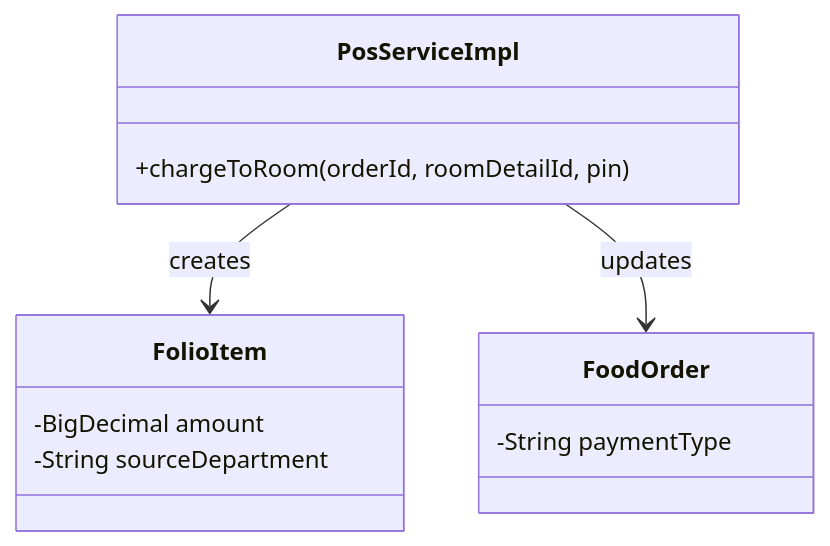
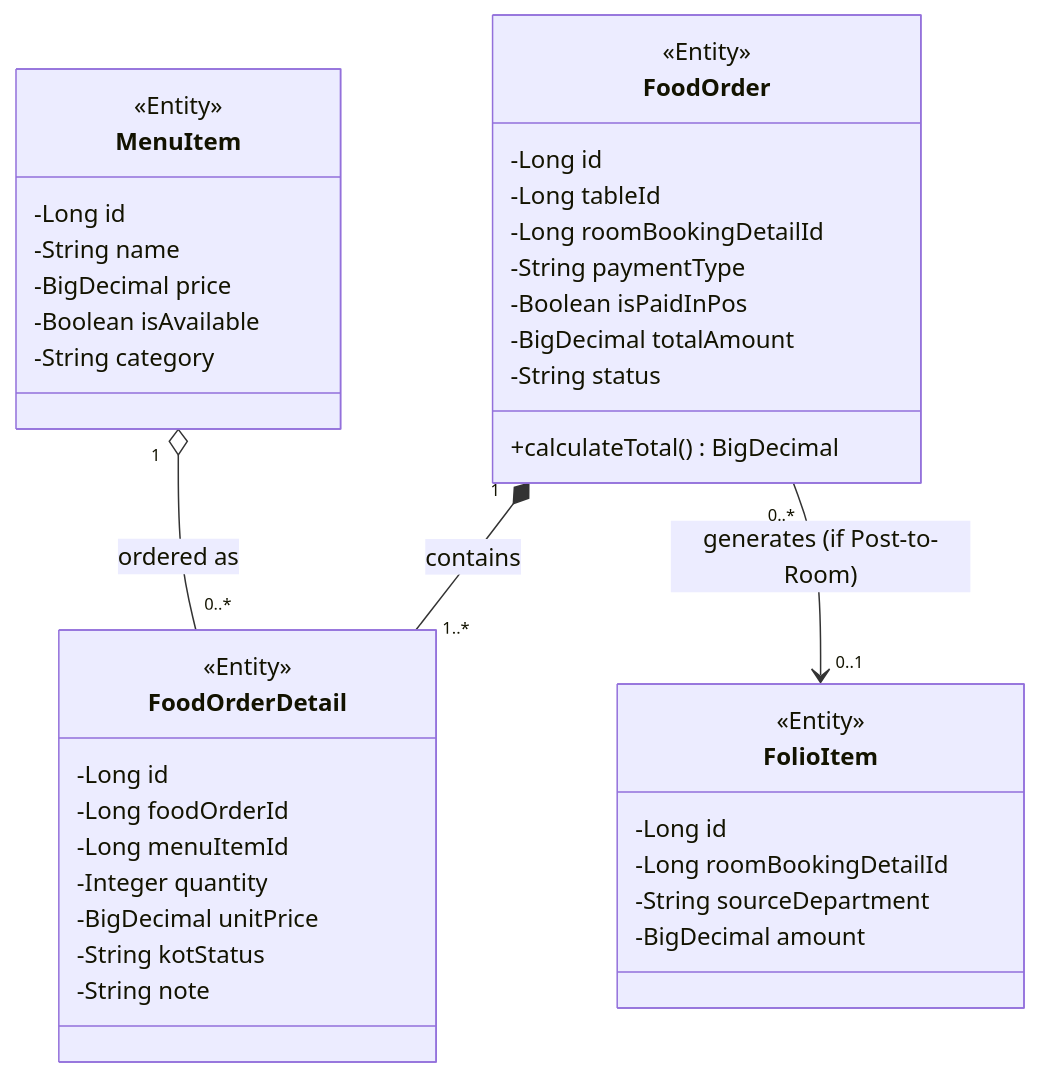
The first of 3 diagrams in 04-Implement/WF05-FnB-POS-IMP-001.md (Luuxinhxinh/hoanien-resort), drawn with Mermaid before and after one commit. The commit also changed other lines of this file and 6 other files, not shown here.

````diff
--- a/04-Implement/WF05-FnB-POS-IMP-001.md
+++ b/04-Implement/WF05-FnB-POS-IMP-001.md
@@ -104,16 +129,46 @@
 ```mermaid
 classDiagram
-    class PosServiceImpl {
-        +chargeToRoom(orderId, roomDetailId, pin)
+    class FoodOrder {
+        <<Entity>>
+        -Long id
+        -Long tableId
+        -Long roomBookingDetailId
+        -String paymentType
+        -Boolean isPaidInPos
+        -BigDecimal totalAmount
+        -String status
+        +calculateTotal() BigDecimal
     }
+
+    class FoodOrderDetail {
+        <<Entity>>
+        -Long id
+        -Long foodOrderId
+        -Long menuItemId
+        -Integer quantity
+        -BigDecimal unitPrice
+        -String kotStatus
+        -String note
+    }
+
+    class MenuItem {
+        <<Entity>>
+        -Long id
+        -String name
+        -BigDecimal price
+        -Boolean isAvailable
+        -String category
+    }
+
     class FolioItem {
+        <<Entity>>
+        -Long id
+        -Long roomBookingDetailId
+        -String sourceDepartment
         -BigDecimal amount
-        -String sourceDepartment
     }
-    class FoodOrder {
-        -String paymentType
-    }
-    
-    PosServiceImpl --> FolioItem : creates
-    PosServiceImpl --> FoodOrder : updates
+
+    FoodOrder "1" *-- "1..*" FoodOrderDetail : contains
+    MenuItem "1" o-- "0..*" FoodOrderDetail : ordered as
+    FoodOrder "0..*" --> "0..1" FolioItem : generates (if Post-to-Room)
 ```
````
